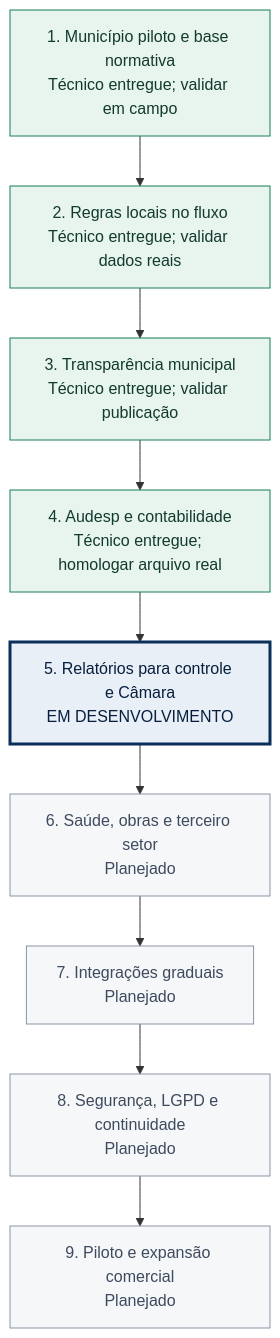
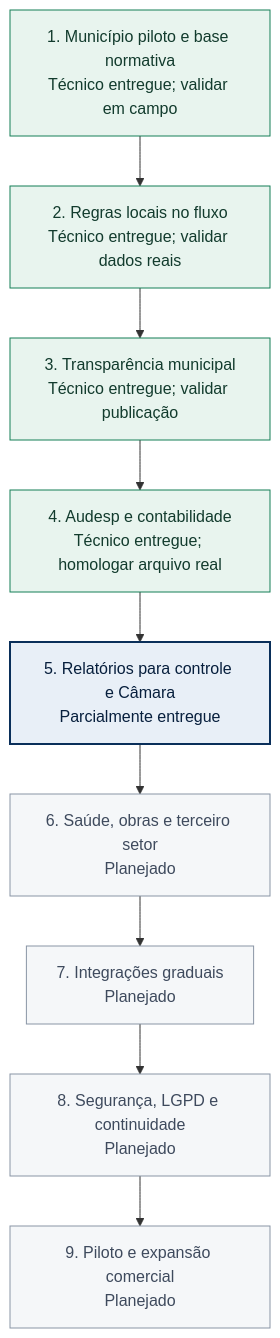
One commit to matssz/trilhagov changed the third of 3 diagrams in docs/roadmap-modulos.md. Above: the diagram before and after it, drawn with Mermaid. The commit also changed other lines of this file and 20 other files, not shown here.

````diff
--- a/docs/roadmap-modulos.md
+++ b/docs/roadmap-modulos.md
@@ -36,21 +70,21 @@
 ```mermaid
 flowchart TB
     E1["1. Município piloto e base normativa<br/>Técnico entregue; validar em campo"]
     E2["2. Regras locais no fluxo<br/>Técnico entregue; validar dados reais"]
     E3["3. Transparência municipal<br/>Técnico entregue; validar publicação"]
     E4["4. Audesp e contabilidade<br/>Técnico entregue; homologar arquivo real"]
-    E5["5. Relatórios para controle e Câmara<br/>EM DESENVOLVIMENTO"]
+    E5["5. Relatórios para controle e Câmara<br/>Parcialmente entregue"]
     E6["6. Saúde, obras e terceiro setor<br/>Planejado"]
     E7["7. Integrações graduais<br/>Planejado"]
     E8["8. Segurança, LGPD e continuidade<br/>Planejado"]
     E9["9. Piloto e expansão comercial<br/>Planejado"]
 
     E1 --> E2 --> E3 --> E4 --> E5 --> E6 --> E7 --> E8 --> E9
 
     classDef delivered fill:#e8f4ee,stroke:#157f57,color:#123b2d,stroke-width:1px;
-    classDef focus fill:#e8eff7,stroke:#0a2f5a,color:#071f3d,stroke-width:3px;
+    classDef progress fill:#e8eff7,stroke:#0a2f5a,color:#071f3d,stroke-width:2px;
     classDef planned fill:#f5f7f9,stroke:#8995a5,color:#3e4a5d,stroke-width:1px;
     class E1,E2,E3,E4 delivered;
-    class E5 focus;
+    class E5 progress;
     class E6,E7,E8,E9 planned;
 ```
````
